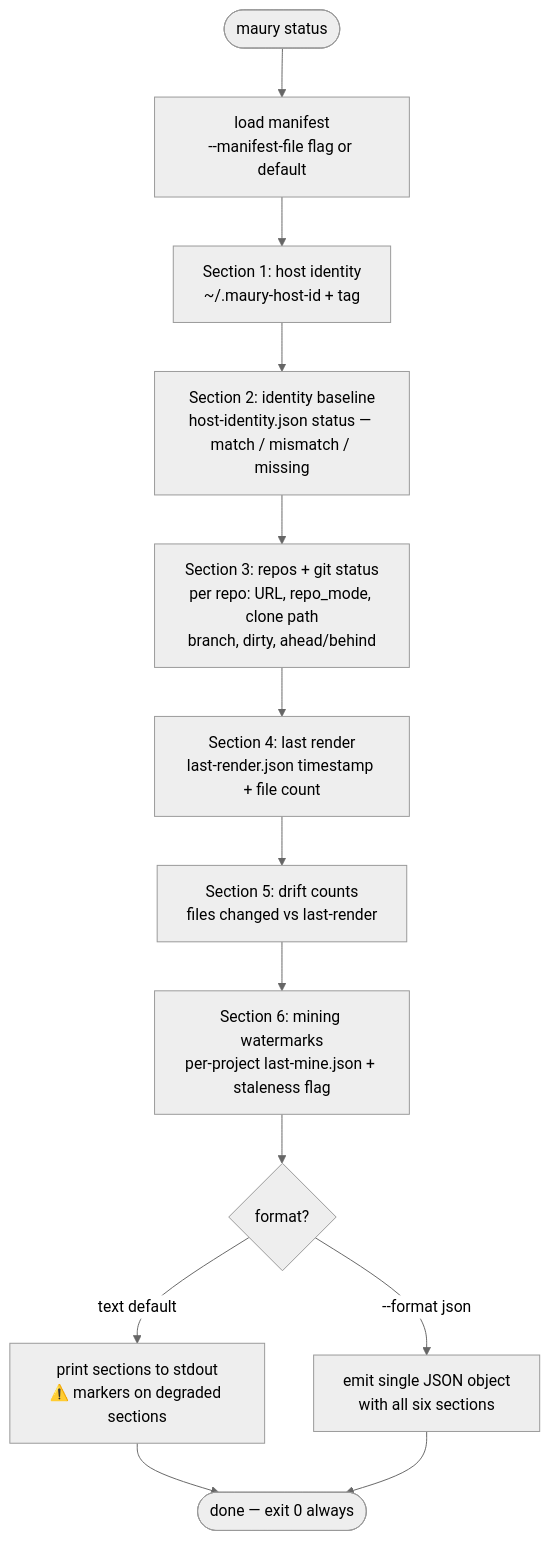
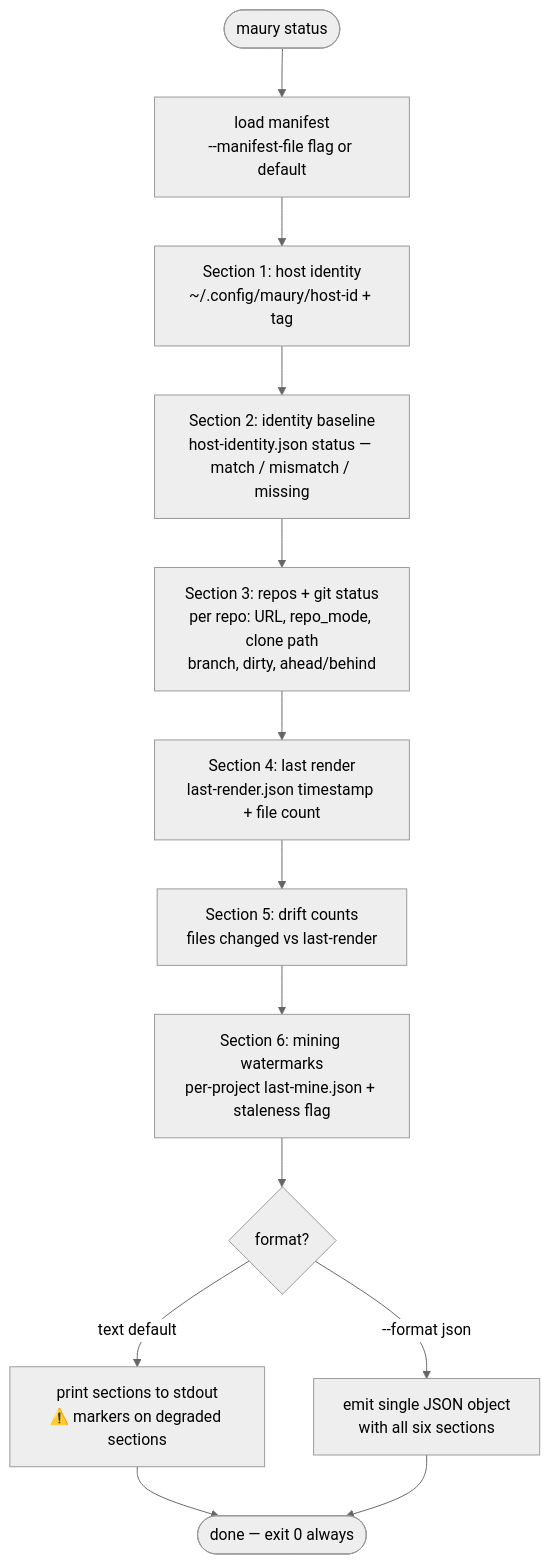
Before and after one commit to csmarshall/maury: the third of 10 diagrams in docs/operations.md, drawn with Mermaid (neutral theme). The commit also changed other lines of this file and 31 other files, not shown here.

````diff
--- a/docs/operations.md
+++ b/docs/operations.md
@@ -100,15 +100,15 @@
 ```mermaid
 flowchart TD
     Start([maury status]) --> Load[load manifest<br/>--manifest-file flag or default]
-    Load --> Host[Section 1: host identity<br/>~/.maury-host-id + tag]
+    Load --> Host[Section 1: host identity<br/>~/.config/maury/host-id + tag]
     Host --> Baseline[Section 2: identity baseline<br/>host-identity.json status — match / mismatch / missing]
     Baseline --> Repos[Section 3: repos + git status<br/>per repo: URL, repo_mode, clone path<br/>branch, dirty, ahead/behind]
     Repos --> LastR[Section 4: last render<br/>last-render.json timestamp + file count]
     LastR --> Drift[Section 5: drift counts<br/>files changed vs last-render]
     Drift --> Water[Section 6: mining watermarks<br/>per-project last-mine.json + staleness flag]
     Water --> Format{format?}
     Format -->|text default| Text[print sections to stdout<br/>⚠️ markers on degraded sections]
     Format -->|--format json| JSON[emit single JSON object<br/>with all six sections]
     Text --> Done([done — exit 0 always])
     JSON --> Done
 ```
````
